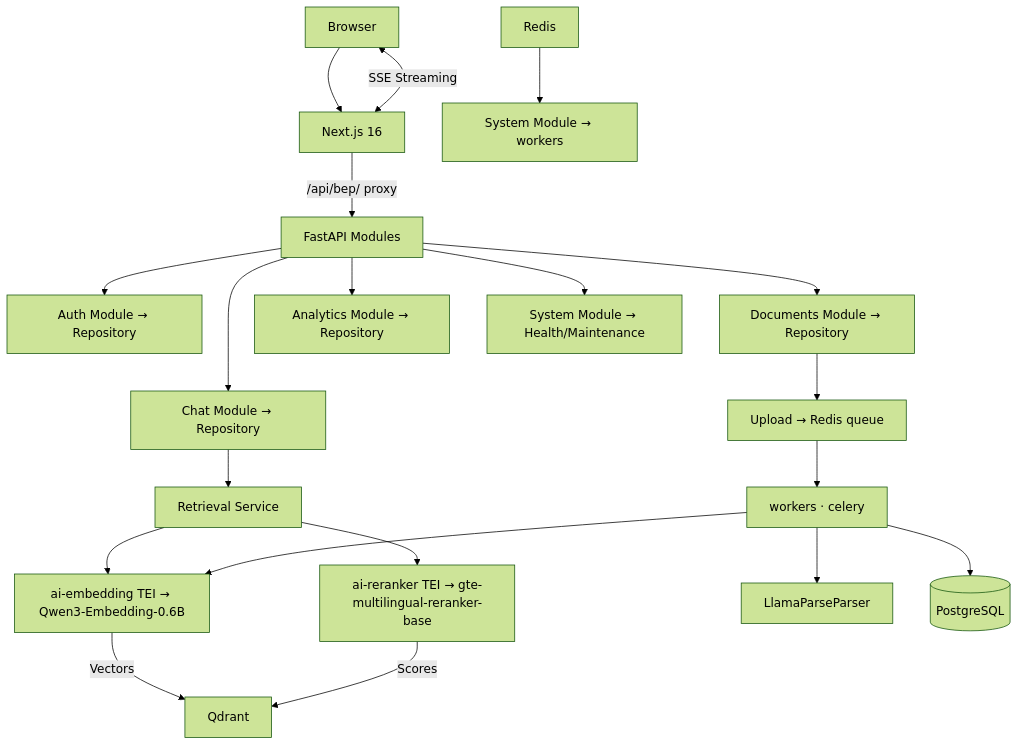
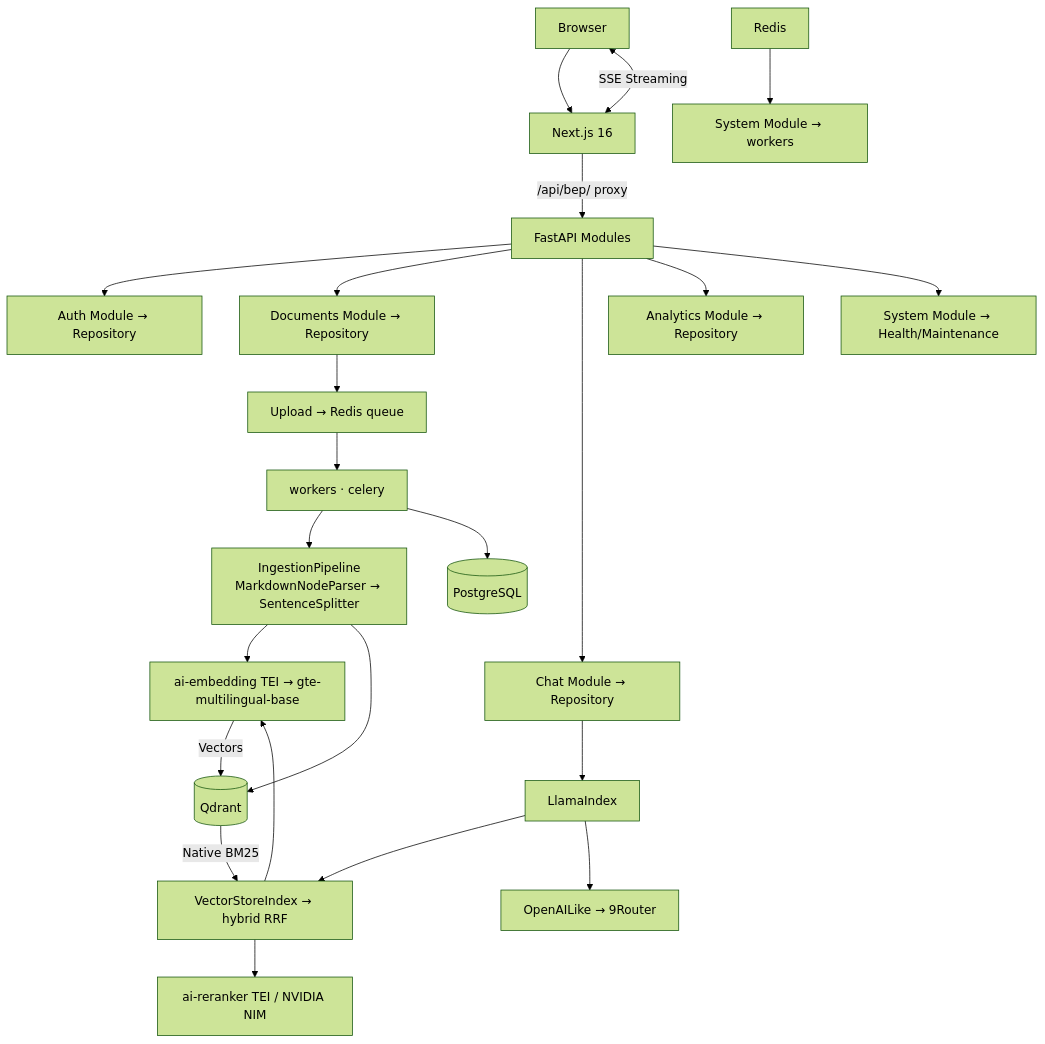
One commit to qtuanph/chatbot-rag changed the diagram in docs/1_ARCHITECTURE.md. Above: the diagram before and after it, drawn with Mermaid (forest theme). The commit also changed other lines of this file and 104 other files, not shown here.

````diff
--- a/docs/1_ARCHITECTURE.md
+++ b/docs/1_ARCHITECTURE.md
@@ -77,25 +77,28 @@
 ```mermaid
 graph TD
     Client[Browser] --> WebApp[Next.js 16]
     WebApp -->|/api/bep/ proxy| API[FastAPI Modules]
     API --> AuthSvc[Auth Module → Repository]
     API --> DocSvc[Documents Module → Repository]
     API --> ChatSvc[Chat Module → Repository]
     API --> AnalyticSvc[Analytics Module → Repository]
     API --> SystemSvc[System Module → Health/Maintenance]
 
-    ChatSvc --> Retriever[Retrieval Service]
-    Retriever --> AIEmbed[ai-embedding TEI → Qwen3-Embedding-0.6B]
-    Retriever --> AIRerank[ai-reranker TEI → gte-multilingual-reranker-base]
-    AIEmbed -->|Vectors| Qdrant
-    AIRerank -->|Scores| Qdrant
+    ChatSvc --> LlamaIndex[LlamaIndex]
+    LlamaIndex --> Retriever[VectorStoreIndex → hybrid RRF]
+    LlamaIndex --> LLM[OpenAILike → 9Router]
+    Retriever --> AIEmbed[ai-embedding TEI → gte-multilingual-base]
+    Retriever --> AIRerank[ai-reranker TEI / NVIDIA NIM]
+    AIEmbed -->|Vectors| Qdrant[(Qdrant)]
+    Qdrant -->|Native BM25| Retriever
 
     WebApp <-->|SSE Streaming| Client
 
     DocSvc --> Upload[Upload → Redis queue]
     Upload --> Worker[workers · celery]
-    Worker --> Parser[LlamaParseParser]
-    Worker --> AIEmbed
+    Worker --> IngestionPipeline[IngestionPipeline\nMarkdownNodeParser → SentenceSplitter]
+    IngestionPipeline --> AIEmbed
+    IngestionPipeline --> Qdrant
     Worker --> DB[(PostgreSQL)]
     Redis --> Cleanup[System Module → workers]
 ```
````
